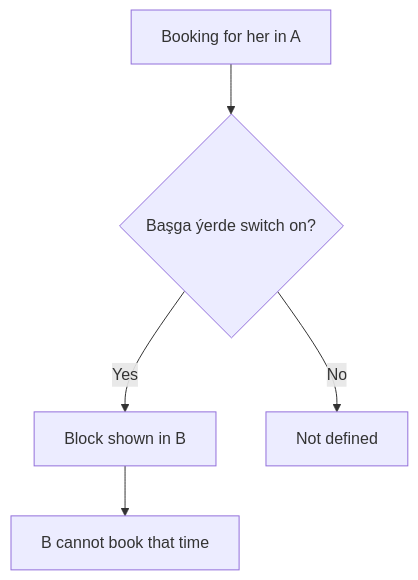
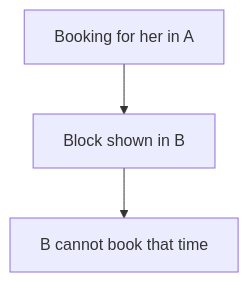
Diagram 15 of 22 in docs/product/07c-flows-system.md (azamatos/yeral), drawn with Mermaid before and after one commit. The commit also changed other lines of this file and 21 other files, not shown here.

````diff
--- a/docs/product/07c-flows-system.md
+++ b/docs/product/07c-flows-system.md
@@ -596,7 +597,5 @@
 ```mermaid
 flowchart TD
-  A["Booking for her in A"] --> B{"Başga ýerde switch on?"}
-  B -->|"Yes"| C["Block shown in B"]
+  A["Booking for her in A"] --> C["Block shown in B"]
   C --> D["B cannot book that time"]
-  B -->|"No"| E["Not defined"]
 ```
````
